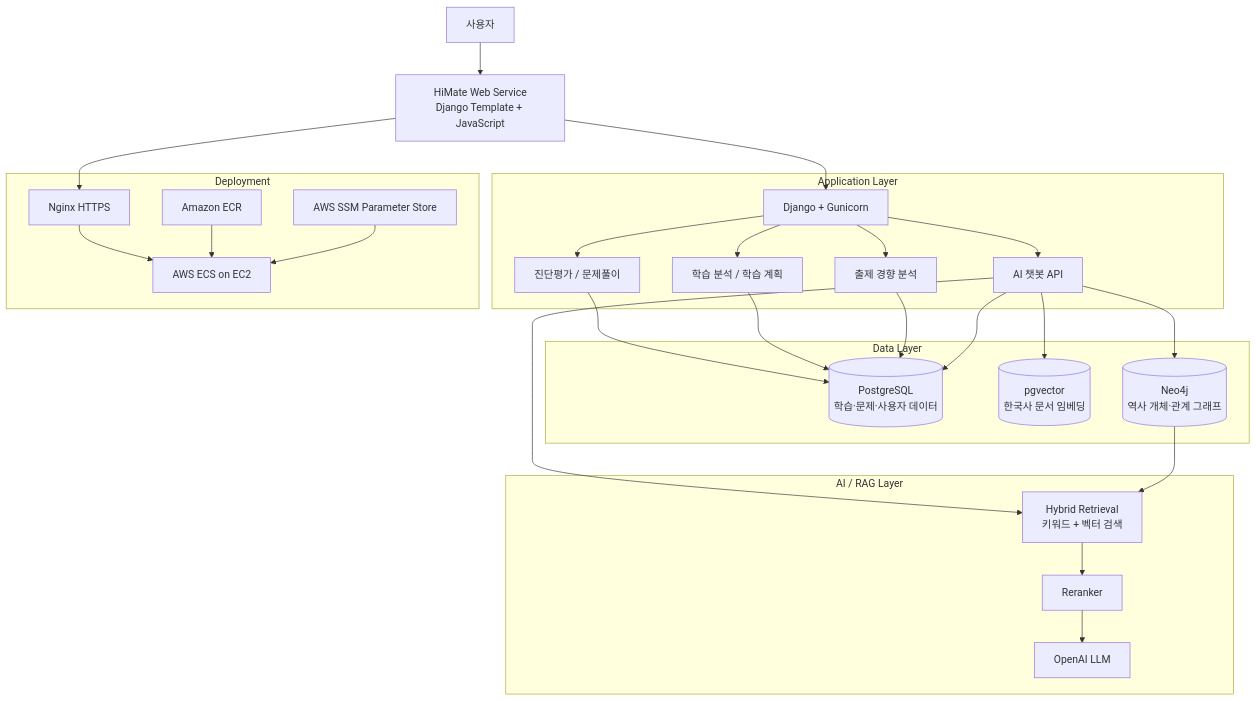
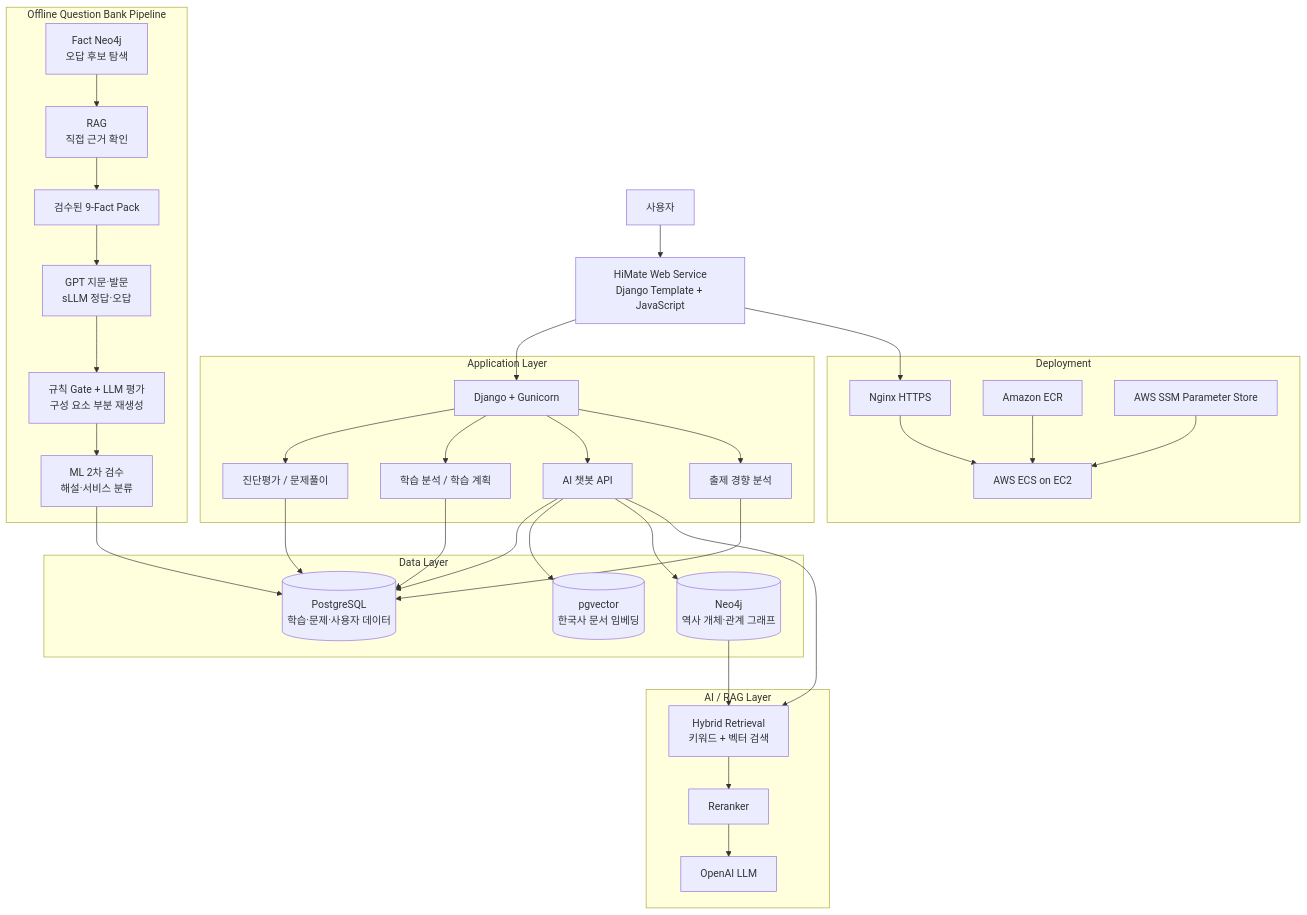
Before and after one commit to SKNETWORKS-FAMILY-AICAMP/SKN27-FINAL-2Team: the first of 2 diagrams in README.md, drawn with Mermaid. The commit also changed other lines of this file and 8 other files, not shown here.

Commit message:
feat(question-generation): update materials and production bank

````diff
--- a/README.md
+++ b/README.md
@@ -134,51 +134,62 @@
 ```mermaid
 flowchart TB
     USER["사용자"] --> WEB["HiMate Web Service<br/>Django Template + JavaScript"]
 
     subgraph APP["Application Layer"]
         DJANGO["Django + Gunicorn"]
         DIAGNOSIS["진단평가 / 문제풀이"]
         ANALYTICS["학습 분석 / 학습 계획"]
         CHATBOT["AI 챗봇 API"]
         TREND["출제 경향 분석"]
     end
 
     WEB --> DJANGO
     DJANGO --> DIAGNOSIS
     DJANGO --> ANALYTICS
     DJANGO --> CHATBOT
     DJANGO --> TREND
 
     subgraph DATA["Data Layer"]
         POSTGRES[("PostgreSQL<br/>학습·문제·사용자 데이터")]
         PGVECTOR[("pgvector<br/>한국사 문서 임베딩")]
         NEO4J[("Neo4j<br/>역사 개체·관계 그래프")]
     end
 
     DIAGNOSIS --> POSTGRES
     ANALYTICS --> POSTGRES
     TREND --> POSTGRES
     CHATBOT --> POSTGRES
     CHATBOT --> PGVECTOR
     CHATBOT --> NEO4J
 
     subgraph AI["AI / RAG Layer"]
         RETRIEVAL["Hybrid Retrieval<br/>키워드 + 벡터 검색"]
         RERANKER["Reranker"]
         LLM["OpenAI LLM"]
     end
 
     CHATBOT --> RETRIEVAL --> RERANKER --> LLM
     NEO4J --> RETRIEVAL
 
+    subgraph QGENFLOW["Offline Question Bank Pipeline"]
+        QGRAPH["Fact Neo4j<br/>오답 후보 탐색"]
+        QEVIDENCE["RAG<br/>직접 근거 확인"]
+        PACK["검수된 9-Fact Pack"]
+        QGEN["GPT 지문·발문<br/>sLLM 정답·오답"]
+        QJUDGE["규칙 Gate + LLM 평가<br/>구성 요소 부분 재생성"]
+        QPOST["ML 2차 검수<br/>해설·서비스 분류"]
+    end
+
+    QGRAPH --> QEVIDENCE --> PACK --> QGEN --> QJUDGE --> QPOST --> POSTGRES
+
     subgraph DEPLOY["Deployment"]
         NGINX["Nginx HTTPS"]
         ECS["AWS ECS on EC2"]
         ECR["Amazon ECR"]
         SSM["AWS SSM Parameter Store"]
     end
 
     WEB --> NGINX --> ECS
     ECR --> ECS
     SSM --> ECS
 ```
````
